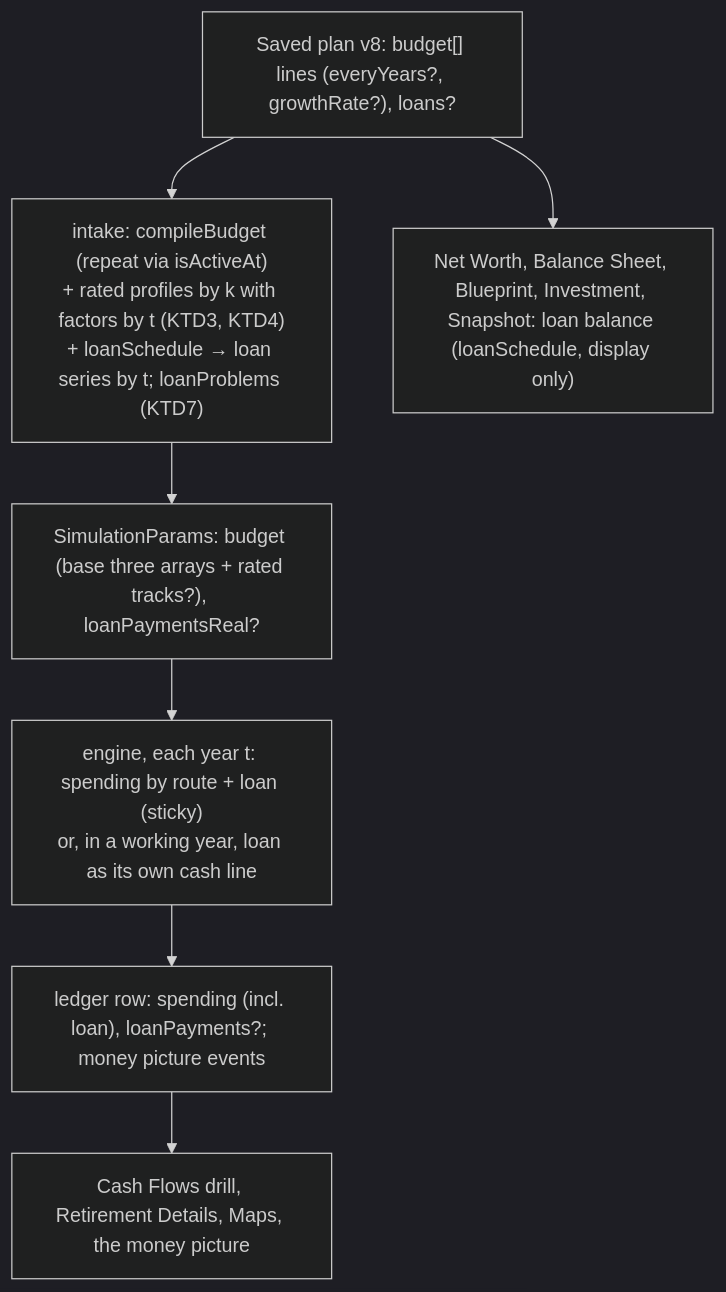
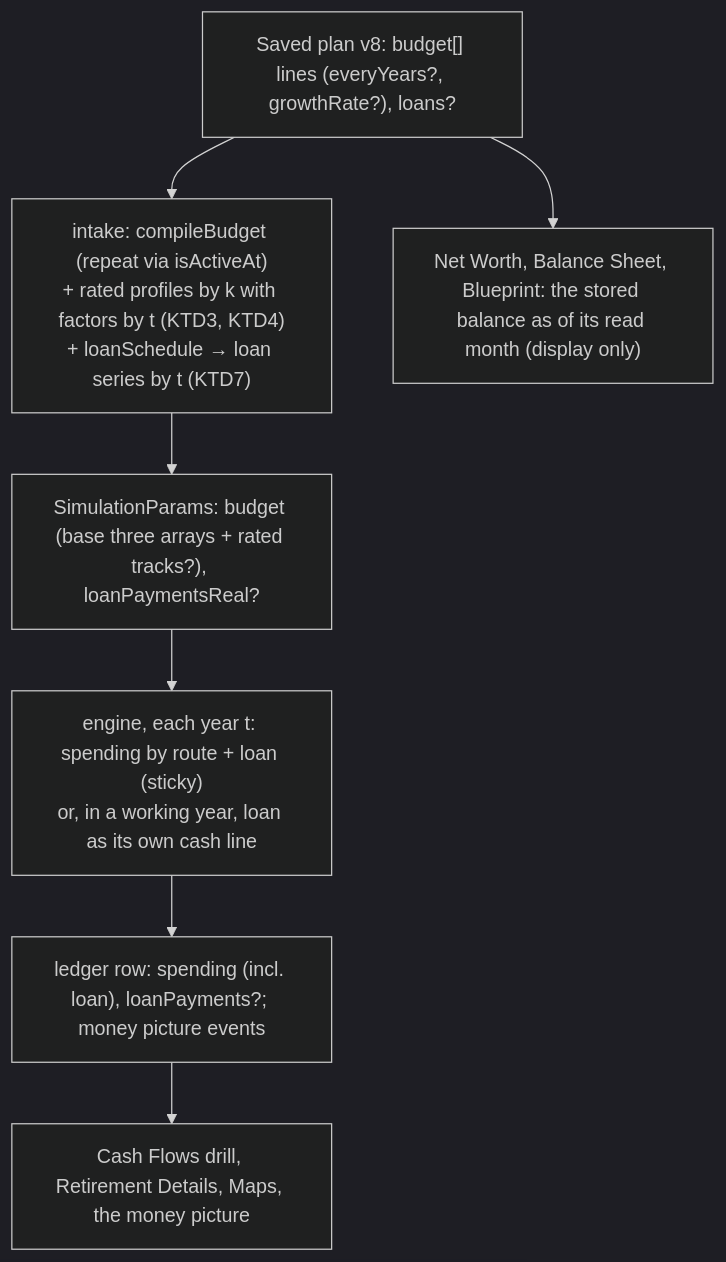
Before and after one commit to mbriggsy/ai-learning-journey: the first of 2 diagrams in projects/the-back-nine/docs/plans/features/spending-line-repeat-and-rate-build-spec.md, drawn with Mermaid (dark theme). The commit also changed other lines of this file, not shown here.

````diff
--- a/projects/the-back-nine/docs/plans/features/spending-line-repeat-and-rate-build-spec.md
+++ b/projects/the-back-nine/docs/plans/features/spending-line-repeat-and-rate-build-spec.md
@@ -138,9 +146,9 @@
 ```mermaid
 flowchart TB
-  S["Saved plan v8: budget[] lines (everyYears?, growthRate?), loans?"] --> I["intake: compileBudget (repeat via isActiveAt)<br/>+ rated profiles by k with factors by t (KTD3, KTD4)<br/>+ loanSchedule → loan series by t; loanProblems (KTD7)"]
+  S["Saved plan v8: budget[] lines (everyYears?, growthRate?), loans?"] --> I["intake: compileBudget (repeat via isActiveAt)<br/>+ rated profiles by k with factors by t (KTD3, KTD4)<br/>+ loanSchedule → loan series by t (KTD7)"]
   I --> P["SimulationParams: budget (base three arrays + rated tracks?), loanPaymentsReal?"]
   P --> E["engine, each year t: spending by route + loan (sticky)<br/>or, in a working year, loan as its own cash line"]
   E --> L["ledger row: spending (incl. loan), loanPayments?; money picture events"]
   L --> V["Cash Flows drill, Retirement Details, Maps, the money picture"]
-  S --> N["Net Worth, Balance Sheet, Blueprint, Investment, Snapshot: loan balance (loanSchedule, display only)"]
+  S --> N["Net Worth, Balance Sheet, Blueprint: the stored balance as of its read month (display only)"]
 ```
````
